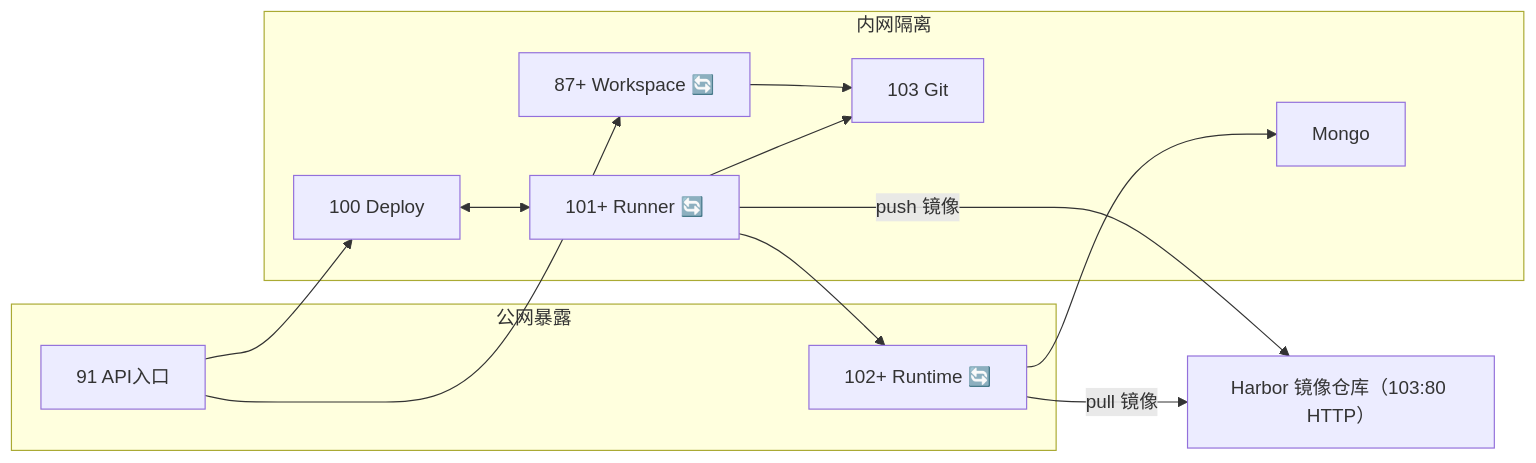
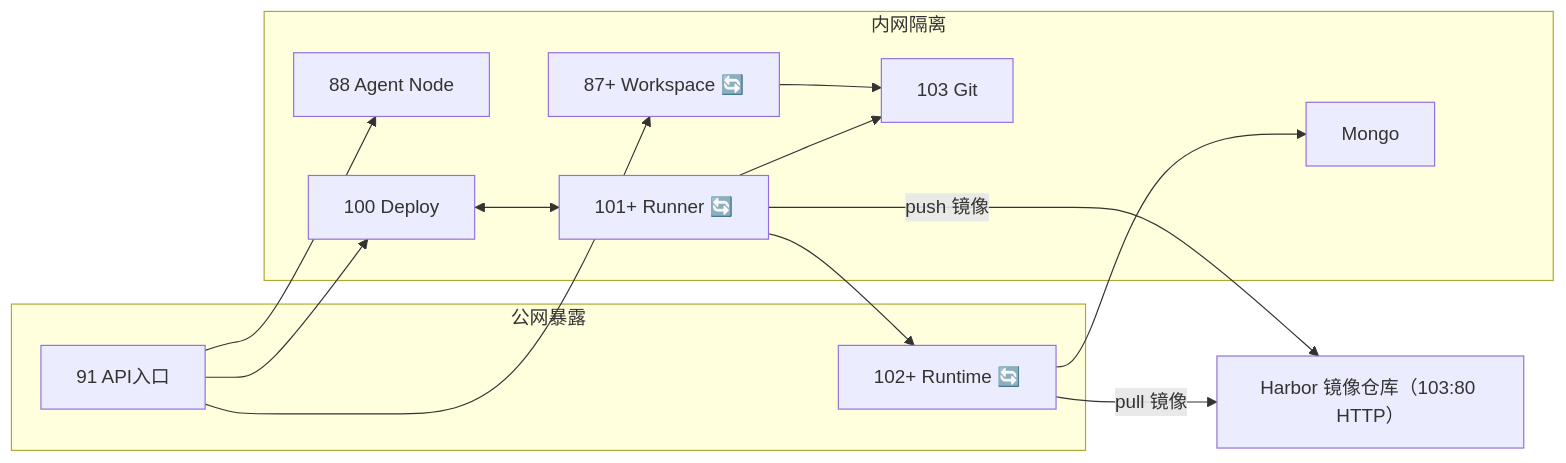
Before and after one commit to ruiAndroid/fun-ai-studio-api: the fourth of 4 diagrams in src/main/resources/doc/domains/architecture/README.md, drawn with Mermaid. The commit also changed other lines of this file and 1 other file, not shown here.

Commit message:
完善系统架构图

````diff
--- a/src/main/resources/doc/domains/architecture/README.md
+++ b/src/main/resources/doc/domains/architecture/README.md
@@ -214,27 +221,29 @@
 ```mermaid
 flowchart LR
     subgraph Public["公网暴露"]
         P91["91 API入口"]
         P102["102+ Runtime 🔄"]
     end
 
     subgraph Private["内网隔离"]
+        S88["88 Agent Node"]
         S87["87+ Workspace 🔄"]
         S100["100 Deploy"]
         S101["101+ Runner 🔄"]
         S103["103 Git"]
         SMongo["Mongo"]
     end
 
     Harbor["Harbor 镜像仓库（103:80 HTTP）"]
 
+    P91 --> S88
     P91 --> S87
     P91 --> S100
     S100 <--> S101
     S101 --> S103
     S101 -->|push 镜像| Harbor
     S101 --> P102
     P102 -->|pull 镜像| Harbor
     P102 --> SMongo
     S87 --> S103
 ```
````
